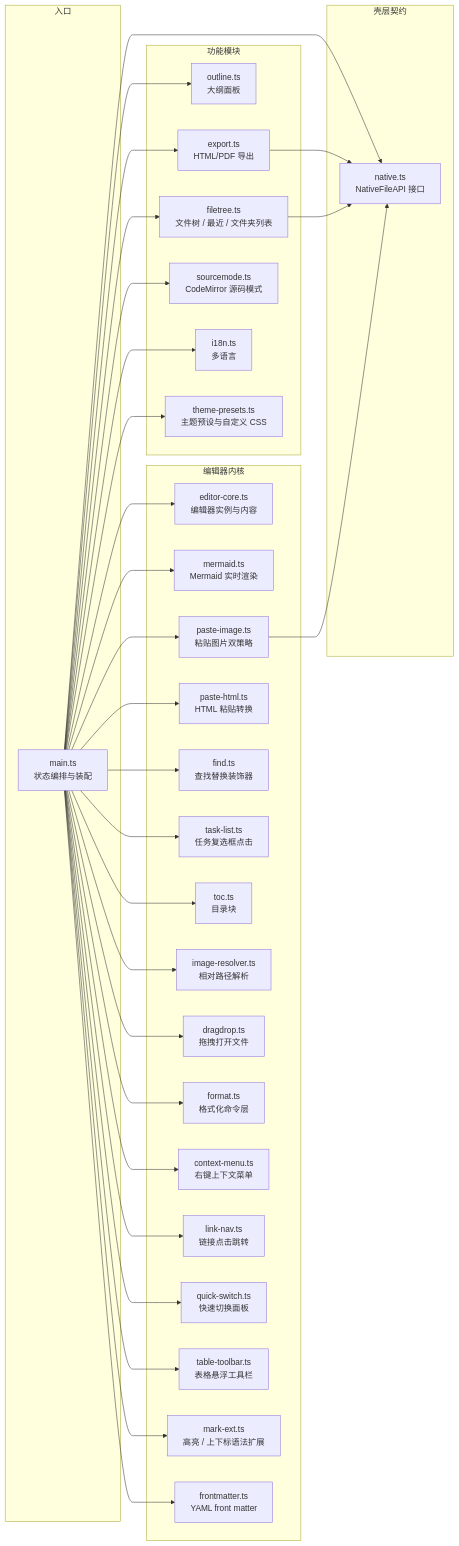
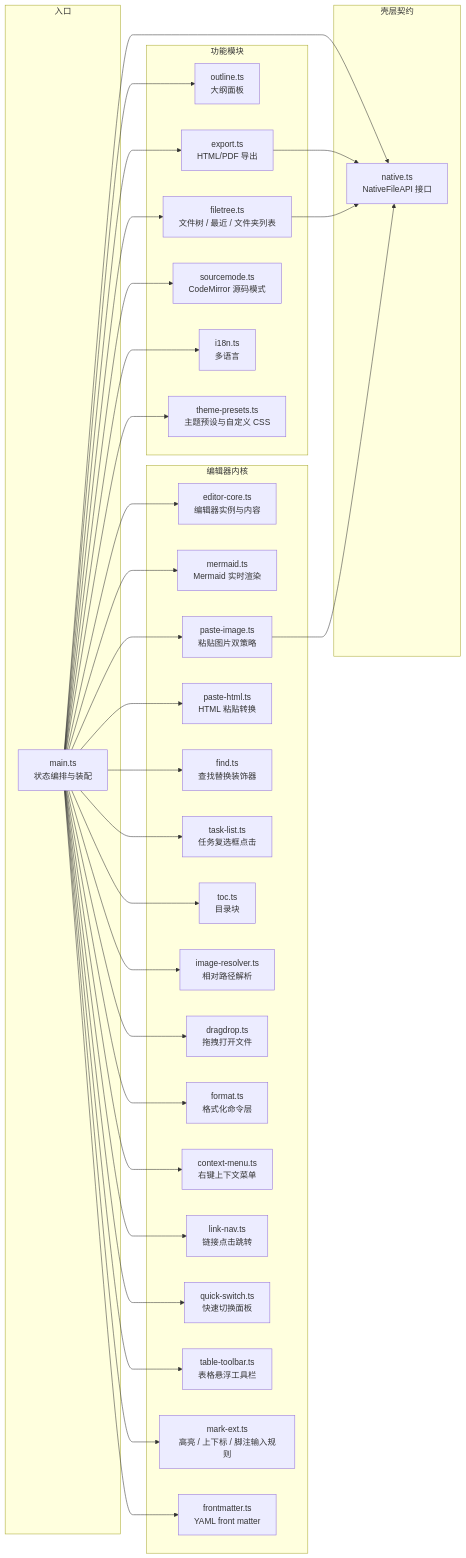
Before and after one commit to ChiangyangNPU/tmd: the third of 4 diagrams in docs/架构设计.md, drawn with Mermaid. The commit also changed other lines of this file and 3 other files, not shown here.

Commit message:
docs: 同步脚注实际实现——补输入规则与定义块 Enter 退出的描述（路线图/详细设计/需求说明/架构设计）

````diff
--- a/docs/架构设计.md
+++ b/docs/架构设计.md
@@ -85,65 +85,65 @@
 ```mermaid
 flowchart LR
     subgraph 入口
         MAIN[main.ts<br/>状态编排与装配]
     end
 
     subgraph 编辑器内核
         EDITOR[editor-core.ts<br/>编辑器实例与内容]
         MERMAID[mermaid.ts<br/>Mermaid 实时渲染]
         PASTE[paste-image.ts<br/>粘贴图片双策略]
         PASTEHTML[paste-html.ts<br/>HTML 粘贴转换]
         FIND[find.ts<br/>查找替换装饰器]
         TASK[task-list.ts<br/>任务复选框点击]
         TOC[toc.ts<br/>目录块]
         IMGRES[image-resolver.ts<br/>相对路径解析]
         DROP[dragdrop.ts<br/>拖拽打开文件]
         FMT[format.ts<br/>格式化命令层]
         CTXMENU[context-menu.ts<br/>右键上下文菜单]
         LINKNAV[link-nav.ts<br/>链接点击跳转]
         QS[quick-switch.ts<br/>快速切换面板]
         TT[table-toolbar.ts<br/>表格悬浮工具栏]
-        MARKEXT[mark-ext.ts<br/>高亮 / 上下标语法扩展]
+        MARKEXT[mark-ext.ts<br/>高亮 / 上下标 / 脚注输入规则]
         FM[frontmatter.ts<br/>YAML front matter]
     end
 
     subgraph 功能模块
         OUTLINE[outline.ts<br/>大纲面板]
         TREE[filetree.ts<br/>文件树 / 最近 / 文件夹列表]
         EX[export.ts<br/>HTML/PDF 导出]
         SRC[sourcemode.ts<br/>CodeMirror 源码模式]
         I18N[i18n.ts<br/>多语言]
         THEMEPRESET[theme-presets.ts<br/>主题预设与自定义 CSS]
     end
 
     subgraph 壳层契约
         NATIVE[native.ts<br/>NativeFileAPI 接口]
     end
 
     MAIN --> EDITOR
     MAIN --> MERMAID
     MAIN --> PASTE
     MAIN --> PASTEHTML
     MAIN --> FIND
     MAIN --> TASK
     MAIN --> TOC
     MAIN --> IMGRES
     MAIN --> DROP
     MAIN --> FMT
     MAIN --> CTXMENU
     MAIN --> LINKNAV
     MAIN --> QS
     MAIN --> TT
     MAIN --> MARKEXT
     MAIN --> FM
     MAIN --> OUTLINE
     MAIN --> TREE
     MAIN --> EX
     MAIN --> SRC
     MAIN --> I18N
     MAIN --> THEMEPRESET
     MAIN --> NATIVE
     EX --> NATIVE
     TREE --> NATIVE
     PASTE --> NATIVE
 ```
````
